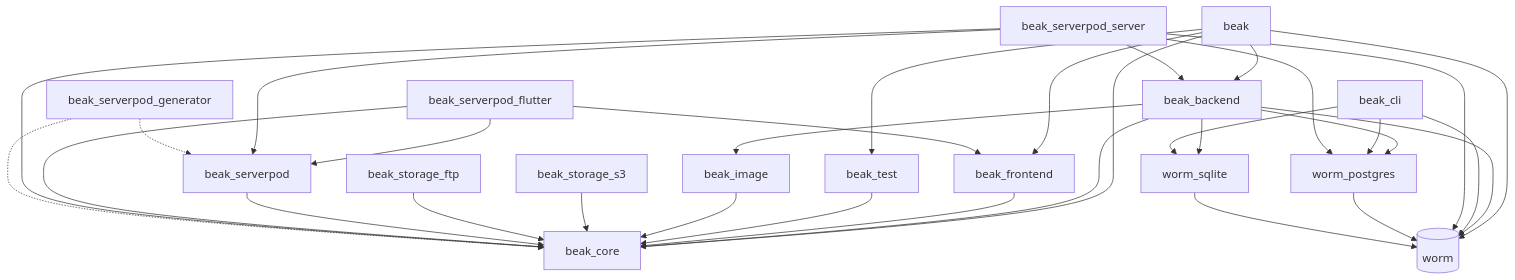
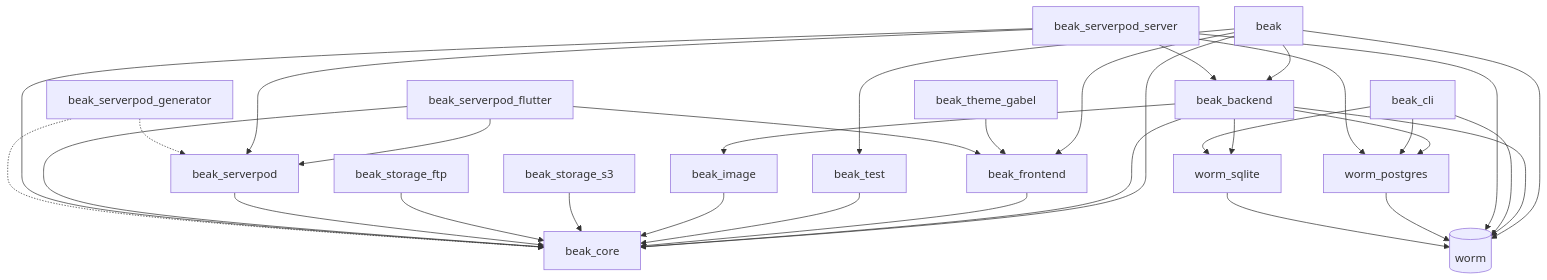
The diagram in docs/reference/packages.md (SimonErich/beak), drawn with Mermaid before and after one commit. The commit also changed other lines of this file and 76 other files, not shown here.

First line of the commit message:
docs(theming): add Built-in themes, BeakTheme and theme.preset

````diff
--- a/docs/reference/packages.md
+++ b/docs/reference/packages.md
@@ -113,51 +115,53 @@
 ```mermaid
 flowchart TD
   umb[beak]
   core[beak_core]
   backend[beak_backend]
   frontend[beak_frontend]
   testkit[beak_test]
   image[beak_image]
   s3[beak_storage_s3]
   ftp[beak_storage_ftp]
+  gabel[beak_theme_gabel]
   cli[beak_cli]
   sp[beak_serverpod]
   spf[beak_serverpod_flutter]
   sps[beak_serverpod_server]
   spg[beak_serverpod_generator]
   worm[(worm)]
   wpg[worm_postgres]
   wsq[worm_sqlite]
 
   umb --> core
   umb --> backend
   umb --> frontend
   umb --> testkit
   umb --> worm
   backend --> core
   backend --> image
   backend --> worm
   backend --> wpg
   backend --> wsq
   frontend --> core
   testkit --> core
   image --> core
   s3 --> core
   ftp --> core
+  gabel --> frontend
   cli --> worm
   cli --> wpg
   cli --> wsq
   sp --> core
   spf --> core
   spf --> frontend
   spf --> sp
   sps --> backend
   sps --> core
   sps --> sp
   sps --> worm
   sps --> wpg
   spg -.-> core
   spg -.-> sp
   wpg --> worm
   wsq --> worm
 ```
````
